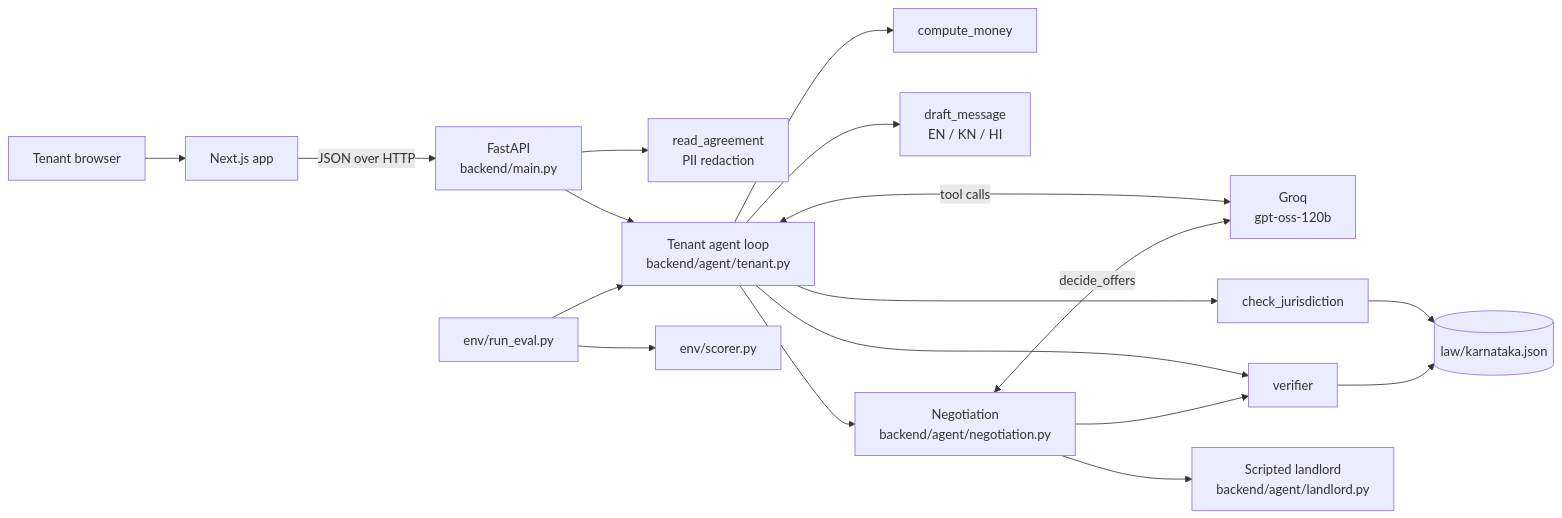
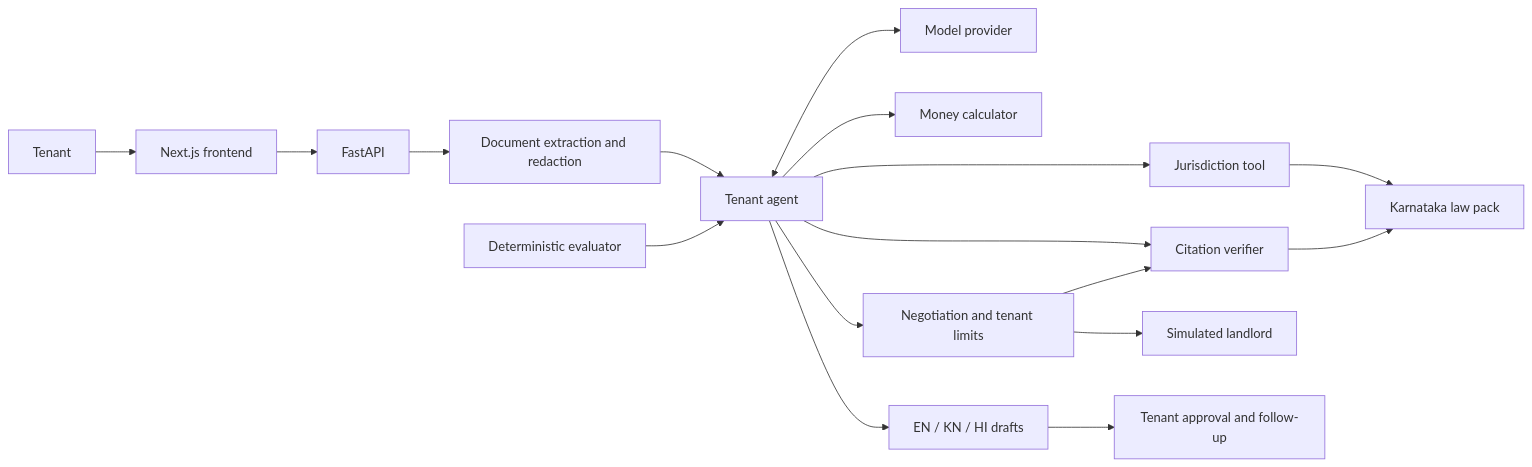
One commit to ekkerihasan/dhara changed the diagram in README.md. Above: the diagram before and after it, drawn with Mermaid. The commit also changed other lines of this file, not shown here.

````diff
--- a/README.md
+++ b/README.md
@@ -144,20 +82,19 @@
 ```mermaid
 flowchart LR
-    T[Tenant browser] --> F[Next.js app]
-    F -->|JSON over HTTP| A[FastAPI<br/>backend/main.py]
-    A --> R[read_agreement<br/>PII redaction]
-    A --> G[Tenant agent loop<br/>backend/agent/tenant.py]
-    G <-->|tool calls| M[Groq<br/>gpt-oss-120b]
-    G --> J[check_jurisdiction]
-    G --> C[compute_money]
-    G --> V[verifier]
-    G --> D[draft_message<br/>EN / KN / HI]
-    G --> N[Negotiation<br/>backend/agent/negotiation.py]
-    N <-->|decide_offers| M
-    N --> O[Scripted landlord<br/>backend/agent/landlord.py]
+    U[Tenant] --> F[Next.js frontend]
+    F --> A[FastAPI]
+    A --> R[Document extraction and redaction]
+    R --> T[Tenant agent]
+    T <--> M[Model provider]
+    T --> J[Jurisdiction tool]
+    T --> C[Money calculator]
+    T --> V[Citation verifier]
+    T --> N[Negotiation and tenant limits]
+    N --> L[Simulated landlord]
     N --> V
-    J --> L[(law/karnataka.json)]
-    V --> L
-    E[env/run_eval.py] --> G
-    E --> S[env/scorer.py]
+    J --> P[Karnataka law pack]
+    V --> P
+    T --> D[EN / KN / HI drafts]
+    D --> G[Tenant approval and follow-up]
+    E[Deterministic evaluator] --> T
 ```
````
